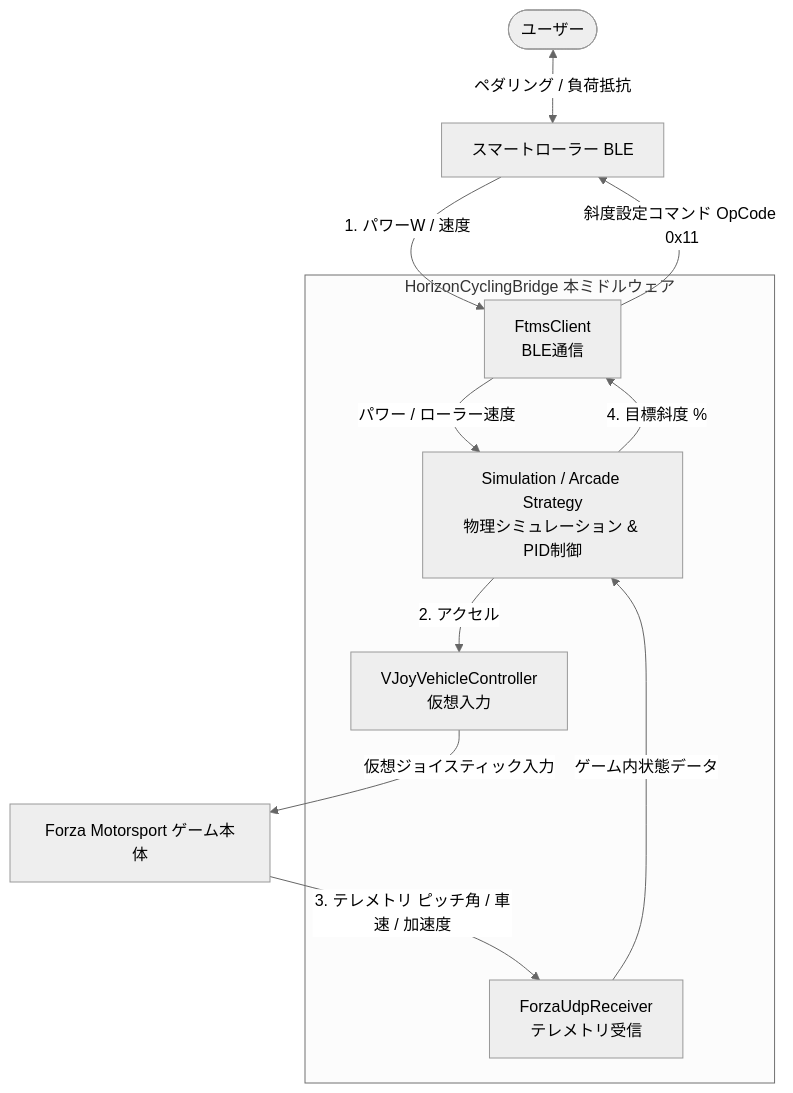
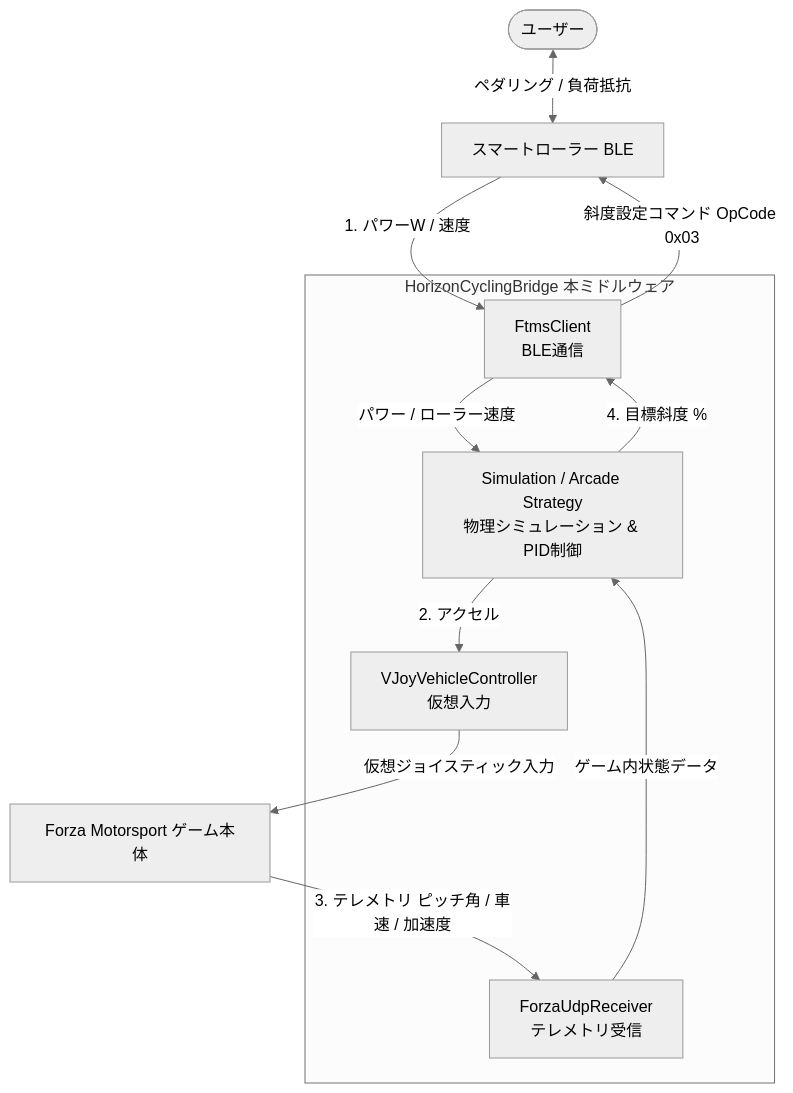
Before and after one commit to n2gate2000-git/HorizonCycling: the first of 2 diagrams in docs/20260530-HorizonCycling仕様書.md, drawn with Mermaid (neutral theme). The commit also changed 1 other file, not shown here.

Commit message:
fix: correct FTMS inclination OpCode from 0x11 to 0x03 to resolve wind resistance bug

````diff
--- a/docs/20260530-HorizonCycling仕様書.md
+++ b/docs/20260530-HorizonCycling仕様書.md
@@ -12,26 +12,26 @@
 ```mermaid
 graph TD
     %% ユーザーとハードウェア
     User([ユーザー]) <-->|ペダリング / 負荷抵抗| Trainer[スマートローラー BLE]
     
     %% ミドルウェアブリッジ内部
     subgraph HorizonCyclingBridge [HorizonCyclingBridge 本ミドルウェア]
         Ftms[FtmsClient<br/>BLE通信]
         Strategy[Simulation / Arcade Strategy<br/>物理シミュレーション & PID制御]
         vJoy[VJoyVehicleController<br/>仮想入力]
         Udp[ForzaUdpReceiver<br/>テレメトリ受信]
     end
     
     %% ゲーム本体
     Game[Forza Motorsport ゲーム本体]
     
     %% データフロー
     Trainer -->|1. パワーW / 速度| Ftms
     Ftms -->|パワー / ローラー速度| Strategy
     Strategy -->|2. アクセル| vJoy
     vJoy -->|仮想ジョイスティック入力| Game
     Game -->|3. テレメトリ ピッチ角 / 車速 / 加速度| Udp
     Udp -->|ゲーム内状態データ| Strategy
     Strategy -->|4. 目標斜度 %| Ftms
-    Ftms -->|斜度設定コマンド OpCode 0x11| Trainer
+    Ftms -->|斜度設定コマンド OpCode 0x03| Trainer
 ```
````
